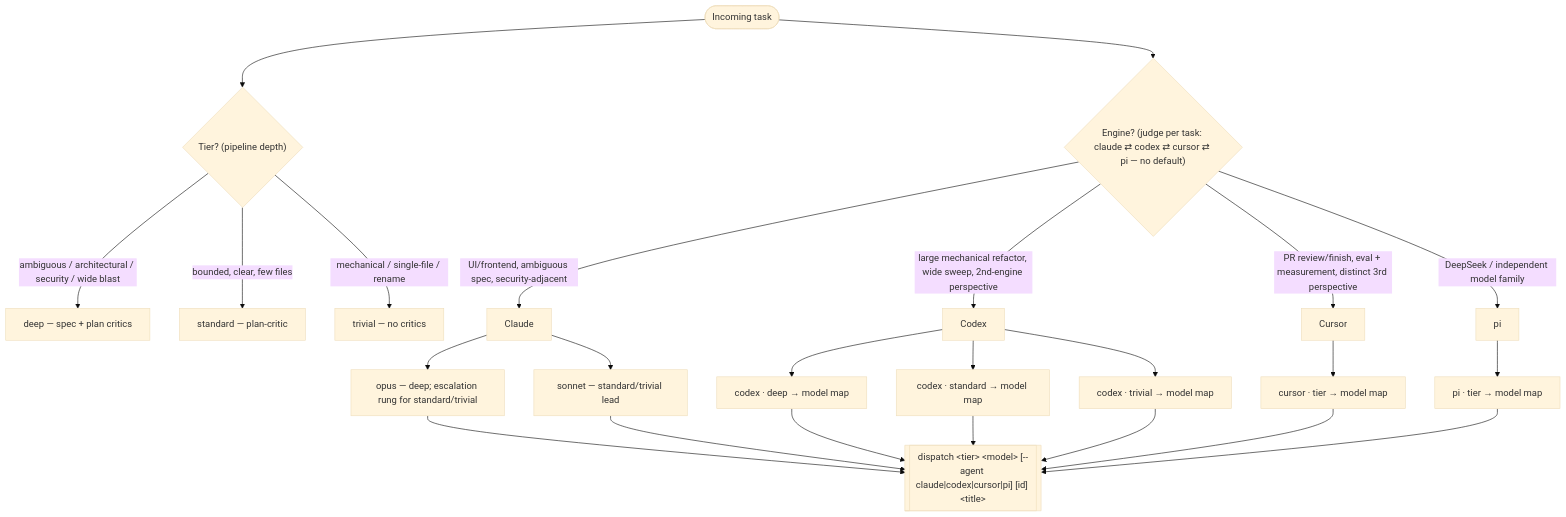
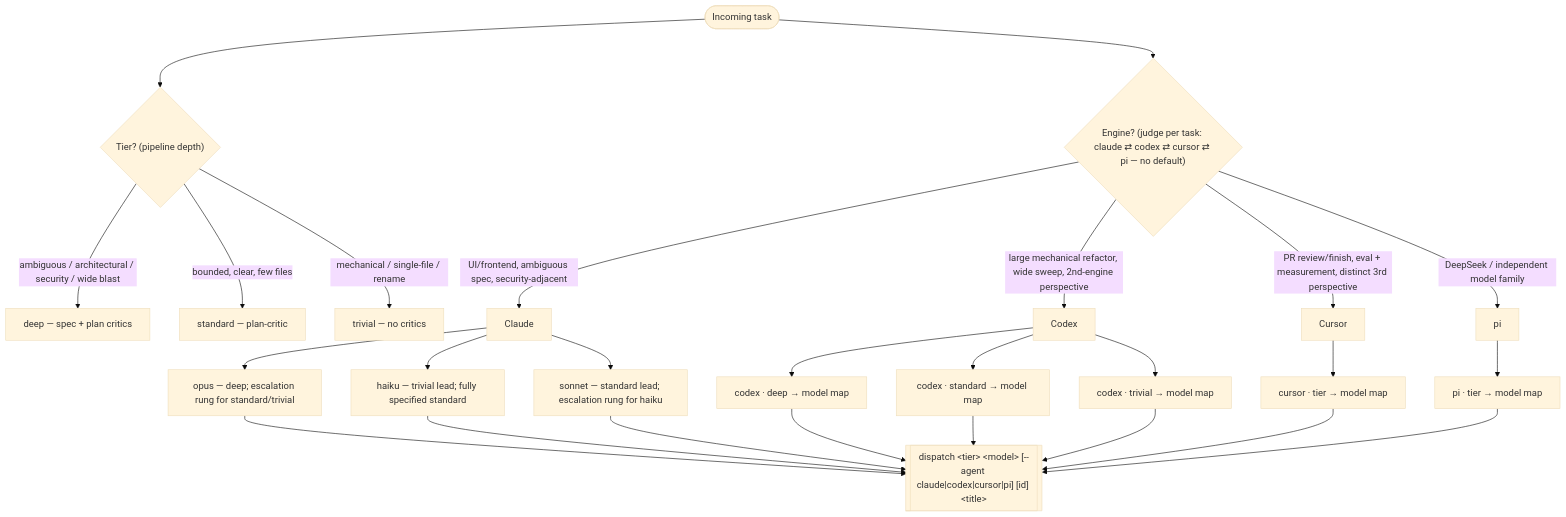
The diagram in adapters/cursor/protocols/dispatch-orchestration.md (noamsto/dispatcher), drawn with Mermaid (base theme) before and after one commit. The commit also changed other lines of this file and 19 other files, not shown here.

Commit message:
feat(dispatch): haiku leads claude trivial and fully specified standard (#943) (#952)

````diff
--- a/adapters/cursor/protocols/dispatch-orchestration.md
+++ b/adapters/cursor/protocols/dispatch-orchestration.md
@@ -5,30 +5,32 @@
 ```mermaid
 flowchart TD
     T(["Incoming task"]) --> TIER{"Tier? (pipeline depth)"}
     T --> ENG{"Engine? (judge per task: claude ⇄ codex ⇄ cursor ⇄ pi — no default)"}
 
     TIER -->|"ambiguous / architectural / security / wide blast"| DEEP["deep — spec + plan critics"]
     TIER -->|"bounded, clear, few files"| STD["standard — plan-critic"]
     TIER -->|"mechanical / single-file / rename"| TRIV["trivial — no critics"]
 
     ENG -->|"large mechanical refactor, wide sweep, 2nd-engine perspective"| CODEX["Codex"]
     ENG -->|"UI/frontend, ambiguous spec, security-adjacent"| CLAUDE["Claude"]
     ENG -->|"PR review/finish, eval + measurement, distinct 3rd perspective"| CURSOR["Cursor"]
     ENG -->|"DeepSeek / independent model family"| PI["pi"]
 
     CLAUDE --> OPUS["opus — deep; escalation rung for standard/trivial"]
-    CLAUDE --> SONNET["sonnet — standard/trivial lead"]
+    CLAUDE --> HAIKU["haiku — trivial lead; fully specified standard"]
+    CLAUDE --> SONNET["sonnet — standard lead; escalation rung for haiku"]
     CODEX --> GH["codex · deep → model map"]
     CODEX --> GM["codex · standard → model map"]
     CODEX --> GL["codex · trivial → model map"]
     CURSOR --> CU["cursor · tier → model map"]
     PI --> PM["pi · tier → model map"]
 
     OPUS --> D[["dispatch &lt;tier&gt; &lt;model&gt; [--agent claude|codex|cursor|pi] [id] &lt;title&gt;"]]
+    HAIKU --> D
     SONNET --> D
     GH --> D
     GM --> D
     GL --> D
     CU --> D
     PM --> D
 ```
````
